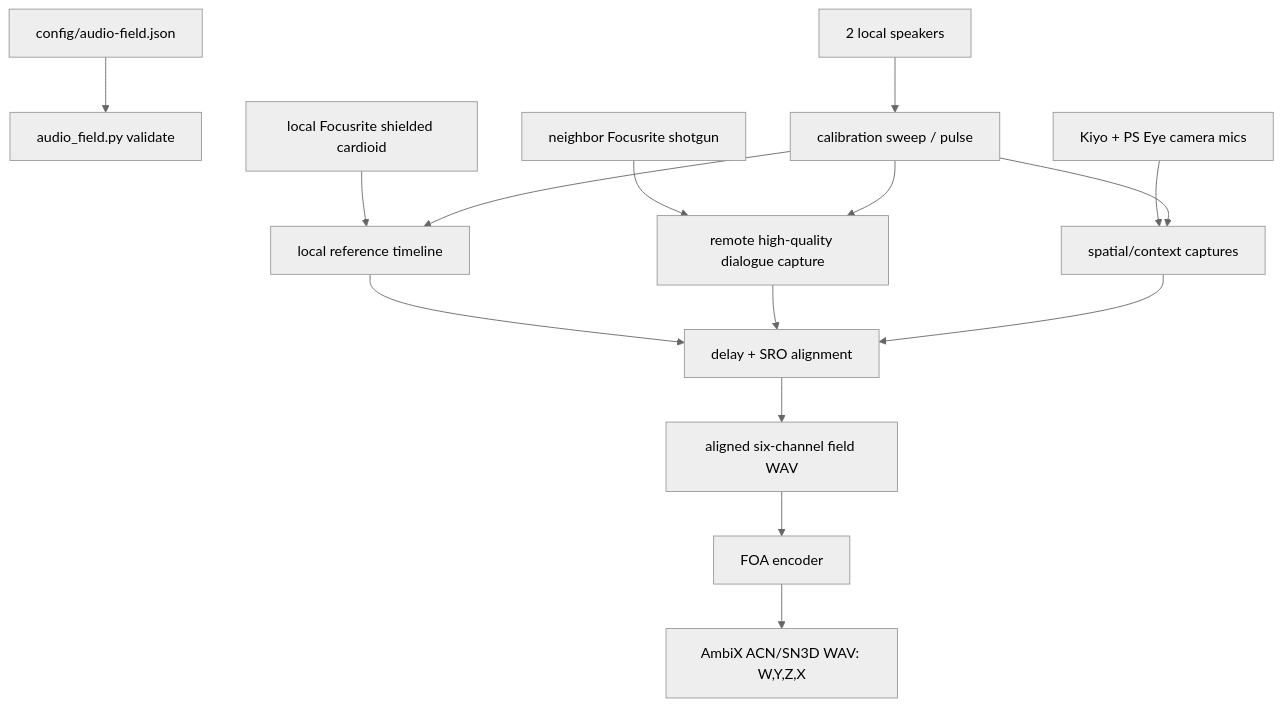
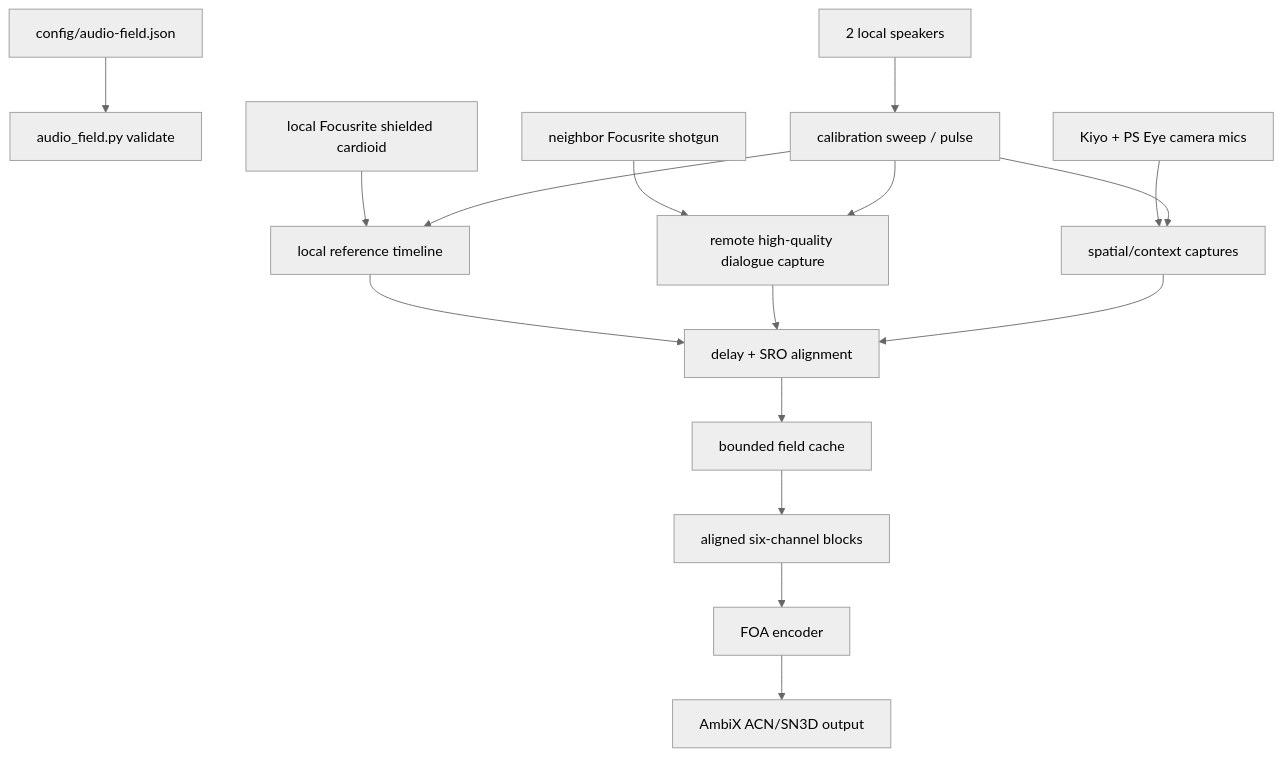
Before and after one commit to GameCult/Mimir: the diagram in docs/audio-field.md, drawn with Mermaid (neutral theme). The commit also changed other lines of this file and 12 other files, not shown here.

````diff
--- a/docs/audio-field.md
+++ b/docs/audio-field.md
@@ -20,17 +22,18 @@
 ```mermaid
 flowchart TD
     A["config/audio-field.json"] --> B["audio_field.py validate"]
     C["local Focusrite shielded cardioid"] --> D["local reference timeline"]
     E["neighbor Focusrite shotgun"] --> F["remote high-quality dialogue capture"]
     G["Kiyo + PS Eye camera mics"] --> H["spatial/context captures"]
     I["2 local speakers"] --> J["calibration sweep / pulse"]
     J --> D
     J --> F
     J --> H
     D --> K["delay + SRO alignment"]
     F --> K
     H --> K
-    K --> L["aligned six-channel field WAV"]
-    L --> M["FOA encoder"]
-    M --> N["AmbiX ACN/SN3D WAV: W,Y,Z,X"]
+    K --> L["bounded field cache"]
+    L --> M["aligned six-channel blocks"]
+    M --> N["FOA encoder"]
+    N --> O["AmbiX ACN/SN3D output"]
 ```
````
